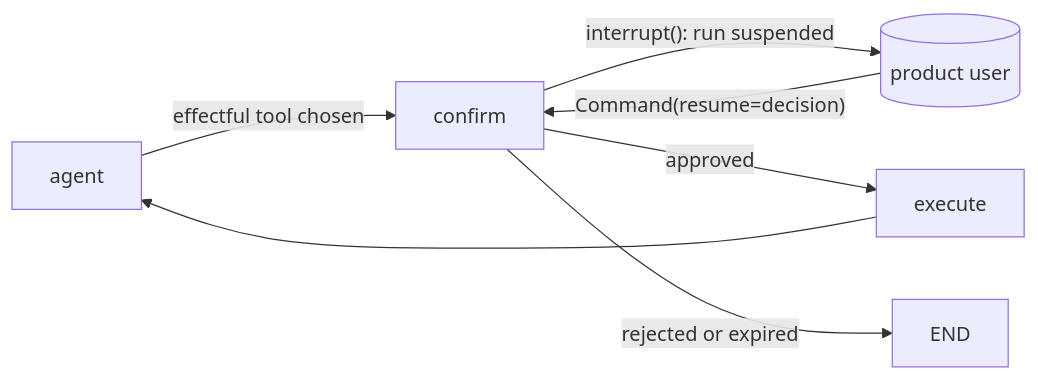
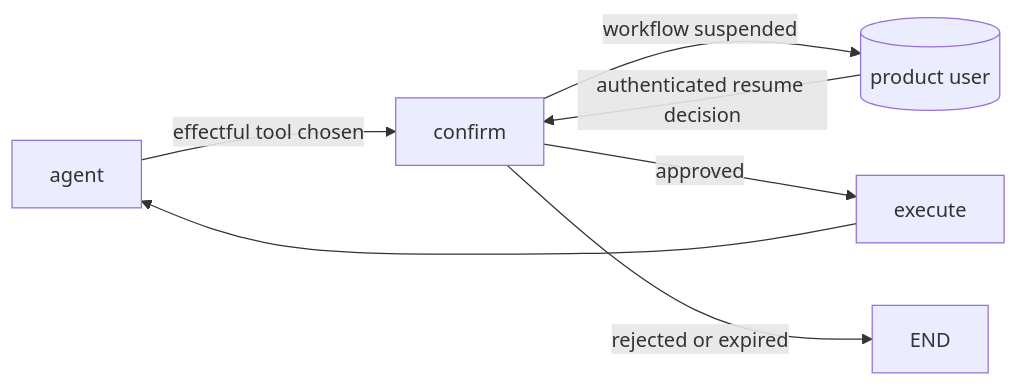
The diagram in skills/agent-system-design/references/patterns/user-approval-interrupt.md (ricardofagmerspesia/engineos), drawn with Mermaid before and after one commit. The commit also changed other lines of this file and 148 other files, not shown here.

````diff
--- a/skills/agent-system-design/references/patterns/user-approval-interrupt.md
+++ b/skills/agent-system-design/references/patterns/user-approval-interrupt.md
@@ -32,8 +41,8 @@
 ```mermaid
 flowchart LR
   agent -->|effectful tool chosen| confirm
-  confirm -->|"interrupt(): run suspended"| user[(product user)]
-  user -->|"Command(resume=decision)"| confirm
+  confirm -->|"workflow suspended"| user[(product user)]
+  user -->|"authenticated resume decision"| confirm
   confirm -->|approved| execute --> agent
   confirm -->|rejected or expired| END
 ```
````
